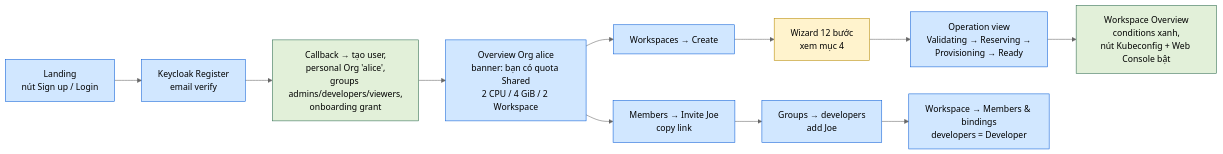
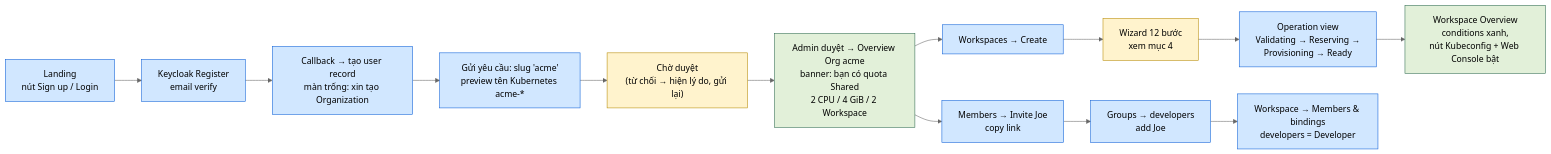
One commit to thaihoc1310/tenantry changed the second of 6 diagrams in docs/architecture/07-ux-wireflow.md. Above: the diagram before and after it, drawn with Mermaid (neutral theme). The commit also changed other lines of this file and 12 other files, not shown here.

````diff
--- a/docs/architecture/07-ux-wireflow.md
+++ b/docs/architecture/07-ux-wireflow.md
@@ -69,21 +71,23 @@
 ```mermaid
 flowchart LR
   classDef s fill:#d1e7ff,stroke:#0b5ed7,color:#000
   classDef d fill:#fff3cd,stroke:#b58900,color:#000
   classDef e fill:#e2f0d9,stroke:#2d6a4f,color:#000
 
   S1["Landing<br/>nút Sign up / Login"]:::s
   S2["Keycloak Register<br/>email verify"]:::s
-  S3["Callback → tạo user,<br/>personal Org 'alice',<br/>groups admins/developers/viewers,<br/>onboarding grant"]:::e
-  S4["Overview Org alice<br/>banner: bạn có quota Shared<br/>2 CPU / 4 GiB / 2 Workspace"]:::s
+  S3["Callback → tạo user record<br/>màn trống: xin tạo Organization"]:::s
+  S3a["Gửi yêu cầu: slug 'acme'<br/>preview tên Kubernetes acme-*"]:::s
+  S3b["Chờ duyệt<br/>(từ chối → hiện lý do, gửi lại)"]:::d
+  S4["Admin duyệt → Overview Org acme<br/>banner: bạn có quota Shared<br/>2 CPU / 4 GiB / 2 Workspace"]:::e
   S5["Workspaces → Create"]:::s
   W["Wizard 12 bước<br/>xem mục 4"]:::d
   S6["Operation view<br/>Validating → Reserving →<br/>Provisioning → Ready"]:::s
   S7["Workspace Overview<br/>conditions xanh,<br/>nút Kubeconfig + Web Console bật"]:::e
   S8["Members → Invite Joe<br/>copy link"]:::s
   S9["Groups → developers<br/>add Joe"]:::s
   S10["Workspace → Members & bindings<br/>developers = Developer"]:::s
 
-  S1 --> S2 --> S3 --> S4 --> S5 --> W --> S6 --> S7
+  S1 --> S2 --> S3 --> S3a --> S3b --> S4 --> S5 --> W --> S6 --> S7
   S4 --> S8 --> S9 --> S10
 ```
````
